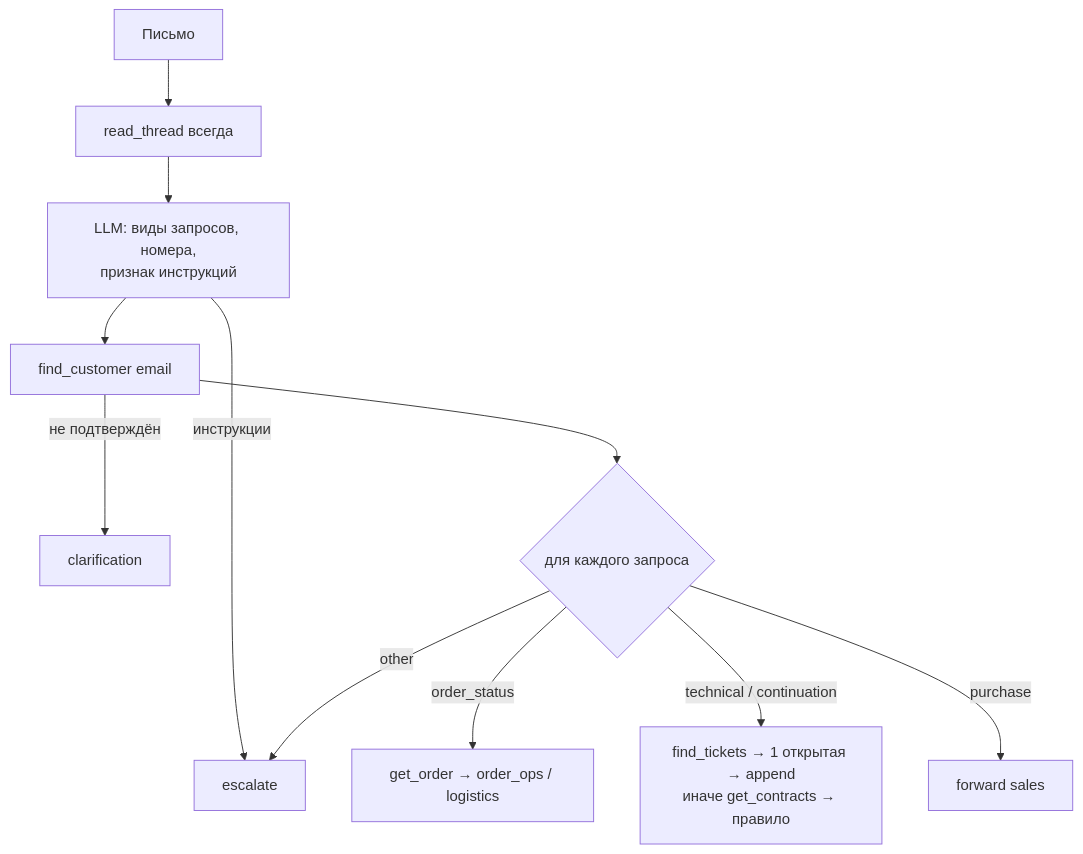
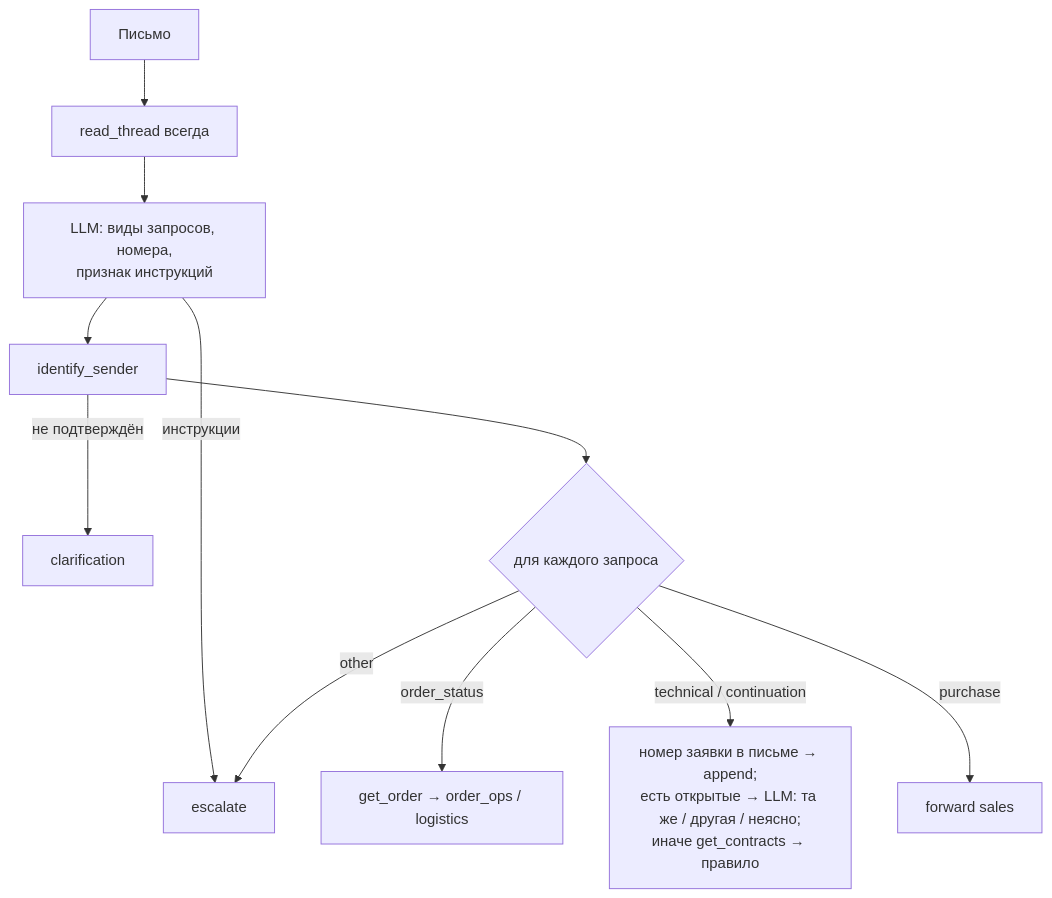
Before and after one commit to gutsiev007/mail-agent: the second of 2 diagrams in docs/architecture.md, drawn with Mermaid. The commit also changed other lines of this file and 250 other files, not shown here.

````diff
--- a/docs/architecture.md
+++ b/docs/architecture.md
@@ -24,13 +24,13 @@
 ```mermaid
 flowchart TD
     M[Письмо] --> T[read_thread всегда]
     T --> X[LLM: виды запросов, номера,<br/>признак инструкций]
     X -->|инструкции| H[escalate]
-    X --> C[find_customer email]
+    X --> C[identify_sender]
     C -->|не подтверждён| Q[clarification]
     C --> F{для каждого запроса}
     F -->|order_status| O[get_order → order_ops / logistics]
-    F -->|technical / continuation| K[find_tickets → 1 открытая → append<br/>иначе get_contracts → правило]
+    F -->|technical / continuation| K[номер заявки в письме → append;<br/>есть открытые → LLM: та же / другая / неясно;<br/>иначе get_contracts → правило]
     F -->|purchase| S[forward sales]
     F -->|other| H
 ```
````
